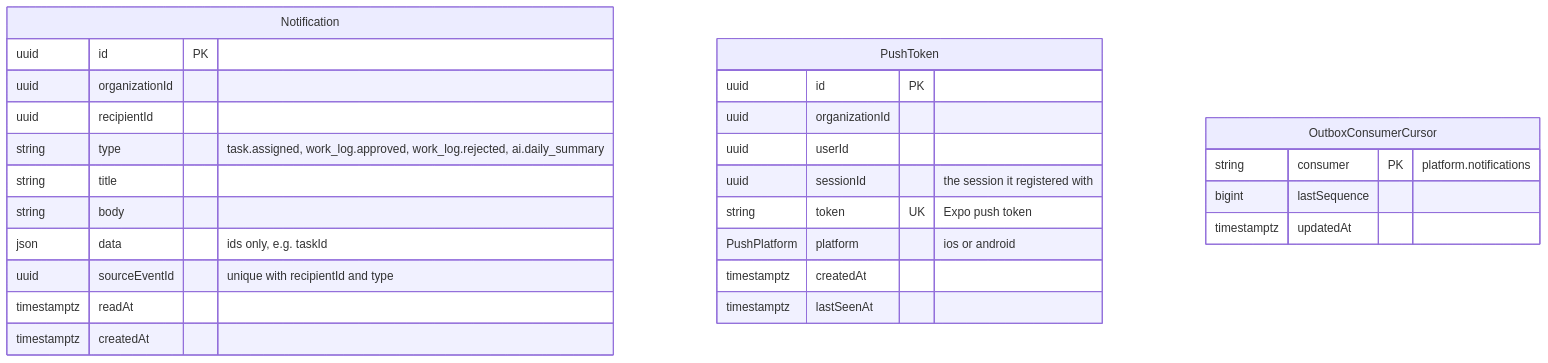
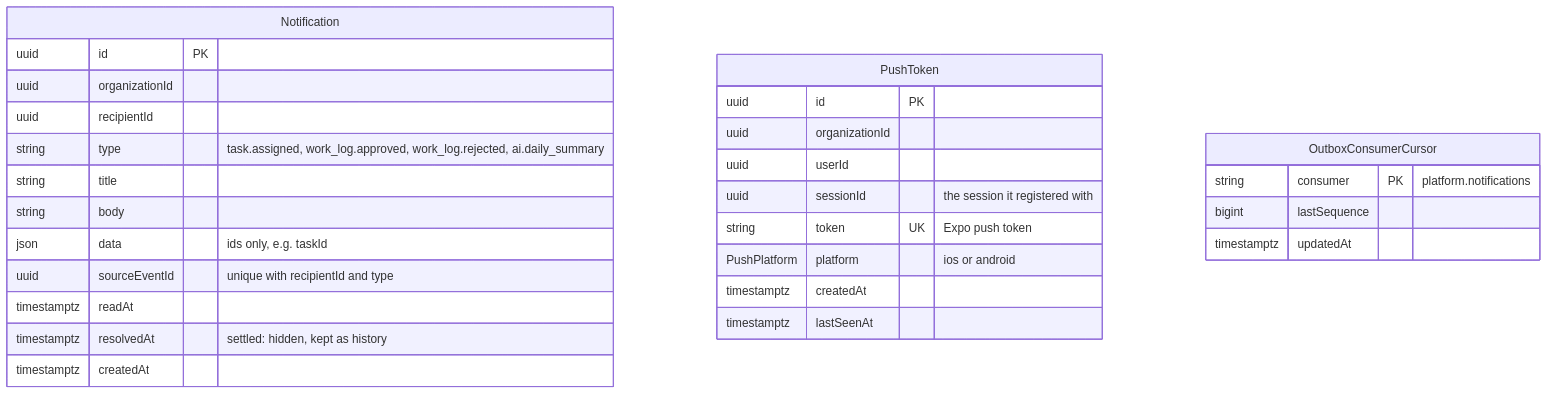
Before and after one commit to wesamalhroubuni-rgb/hz-operations-app: the fourth of 6 diagrams in ARCHITECTURE.md, drawn with Mermaid. The commit also changed other lines of this file and 147 other files, not shown here.

````diff
--- a/ARCHITECTURE.md
+++ b/ARCHITECTURE.md
@@ -478,30 +488,31 @@
 ```mermaid
 erDiagram
   Notification {
     uuid id PK
     uuid organizationId
     uuid recipientId
     string type "task.assigned, work_log.approved, work_log.rejected, ai.daily_summary"
     string title
     string body
     json data "ids only, e.g. taskId"
     uuid sourceEventId "unique with recipientId and type"
     timestamptz readAt
+    timestamptz resolvedAt "settled: hidden, kept as history"
     timestamptz createdAt
   }
   PushToken {
     uuid id PK
     uuid organizationId
     uuid userId
     uuid sessionId "the session it registered with"
     string token UK "Expo push token"
     PushPlatform platform "ios or android"
     timestamptz createdAt
     timestamptz lastSeenAt
   }
   OutboxConsumerCursor {
     string consumer PK "platform.notifications"
     bigint lastSequence
     timestamptz updatedAt
   }
 ```
````
